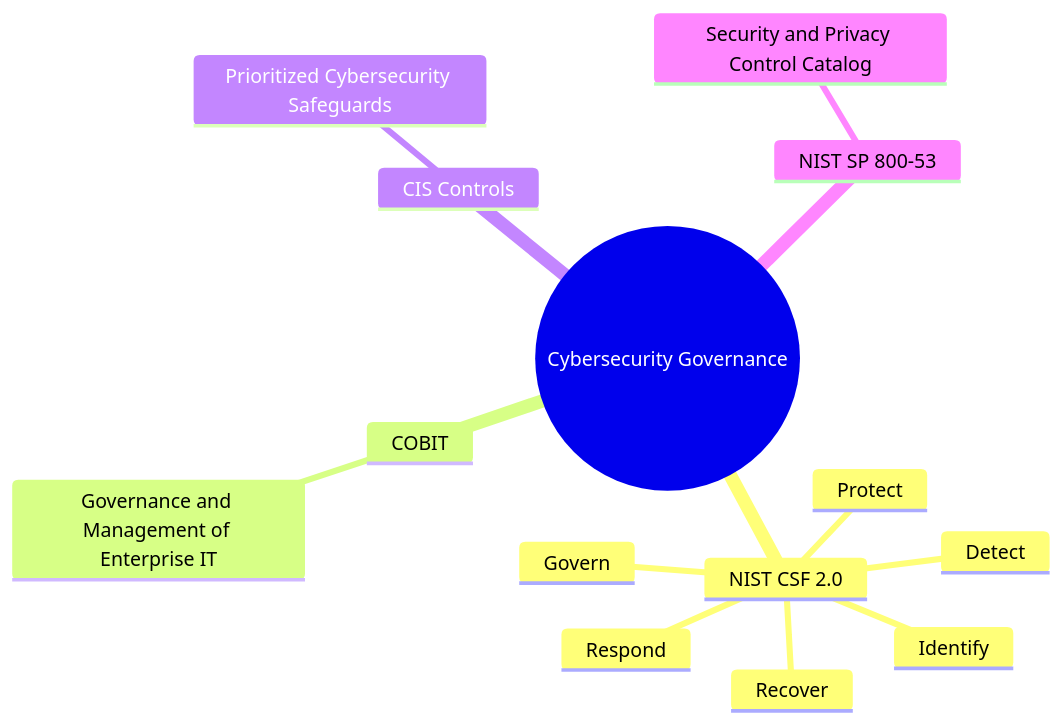
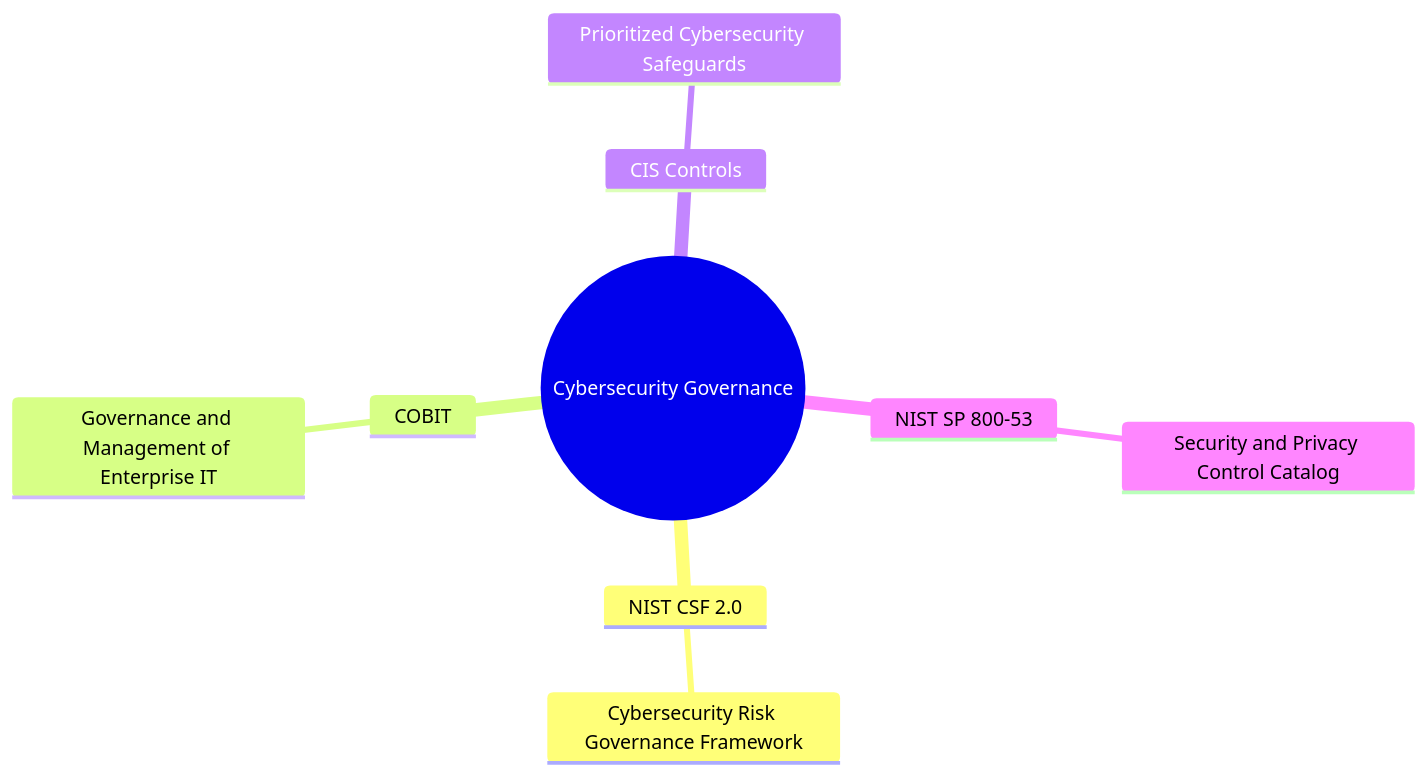
The diagram in cybersecurity-grc-map/docs/cybersecurity-governance.md (carybdea/mindmaps), drawn with Mermaid before and after one commit. The commit also changed 19 other files, not shown here.

First line of the commit message:
Reorganize mind map structure

````diff
--- a/cybersecurity-grc-map/docs/cybersecurity-governance.md
+++ b/cybersecurity-grc-map/docs/cybersecurity-governance.md
@@ -3,17 +3,12 @@
 ```mermaid
 mindmap
   root((Cybersecurity Governance))
     NIST CSF 2.0
-      Govern
-      Identify
-      Protect
-      Detect
-      Respond
-      Recover
+      Cybersecurity Risk Governance Framework
     COBIT
       Governance and Management of Enterprise IT
     CIS Controls
       Prioritized Cybersecurity Safeguards
     NIST SP 800-53
       Security and Privacy Control Catalog
 ```
````
